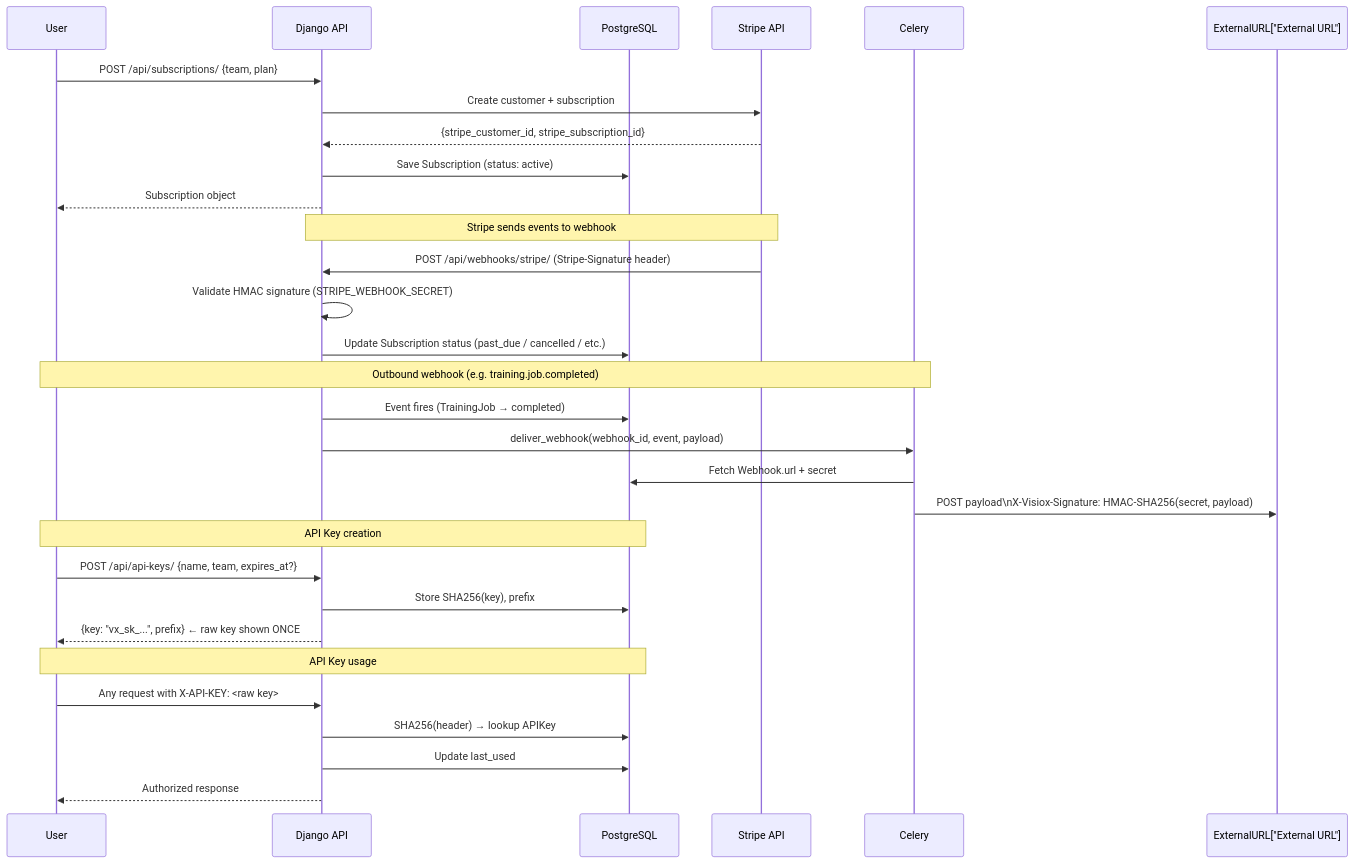
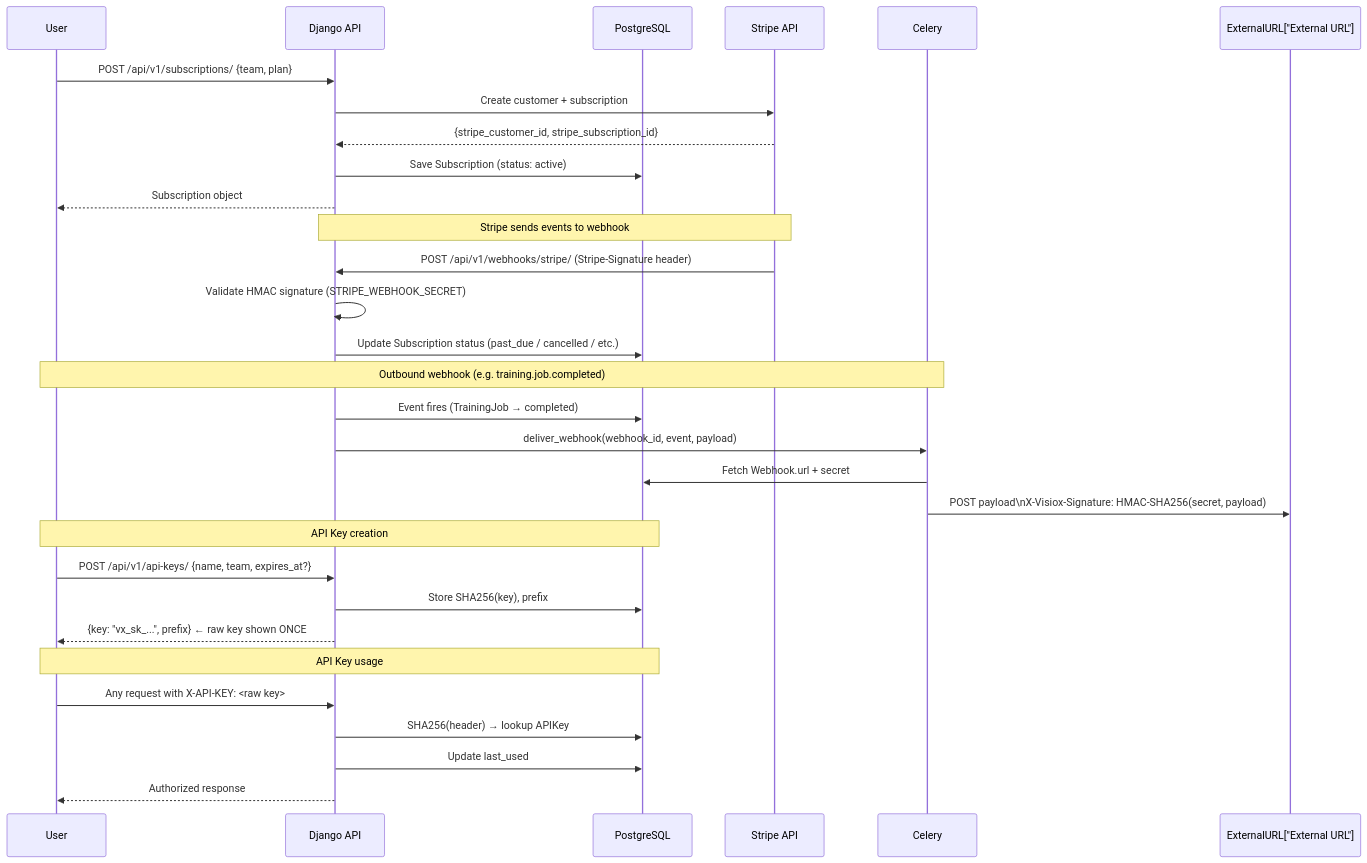
Before and after one commit to the-visiox/visiox: diagram 11 of 13 in docs/ARCHITECTURE_DIAGRAMS.md, drawn with Mermaid. The commit also changed other lines of this file and 16 other files, not shown here.

````diff
--- a/docs/ARCHITECTURE_DIAGRAMS.md
+++ b/docs/ARCHITECTURE_DIAGRAMS.md
@@ -426,36 +459,36 @@
 ```mermaid
 sequenceDiagram
     participant User
     participant API as Django API
     participant DB as PostgreSQL
     participant Stripe as Stripe API
     participant Celery as Celery
 
-    User->>API: POST /api/subscriptions/ {team, plan}
+    User->>API: POST /api/v1/subscriptions/ {team, plan}
     API->>Stripe: Create customer + subscription
     Stripe-->>API: {stripe_customer_id, stripe_subscription_id}
     API->>DB: Save Subscription (status: active)
     API-->>User: Subscription object
 
     Note over Stripe,API: Stripe sends events to webhook
-    Stripe->>API: POST /api/webhooks/stripe/ (Stripe-Signature header)
+    Stripe->>API: POST /api/v1/webhooks/stripe/ (Stripe-Signature header)
     API->>API: Validate HMAC signature (STRIPE_WEBHOOK_SECRET)
     API->>DB: Update Subscription status (past_due / cancelled / etc.)
 
     Note over User,Celery: Outbound webhook (e.g. training.job.completed)
     API->>DB: Event fires (TrainingJob → completed)
     API->>Celery: deliver_webhook(webhook_id, event, payload)
     Celery->>DB: Fetch Webhook.url + secret
     Celery->>ExternalURL["External URL"]: POST payload\nX-Visiox-Signature: HMAC-SHA256(secret, payload)
 
     Note over User,DB: API Key creation
-    User->>API: POST /api/api-keys/ {name, team, expires_at?}
+    User->>API: POST /api/v1/api-keys/ {name, team, expires_at?}
     API->>DB: Store SHA256(key), prefix
     API-->>User: {key: "vx_sk_...", prefix} ← raw key shown ONCE
 
     Note over User,DB: API Key usage
     User->>API: Any request with X-API-KEY: <raw key>
     API->>DB: SHA256(header) → lookup APIKey
     API->>DB: Update last_used
     API-->>User: Authorized response
 ```
````
